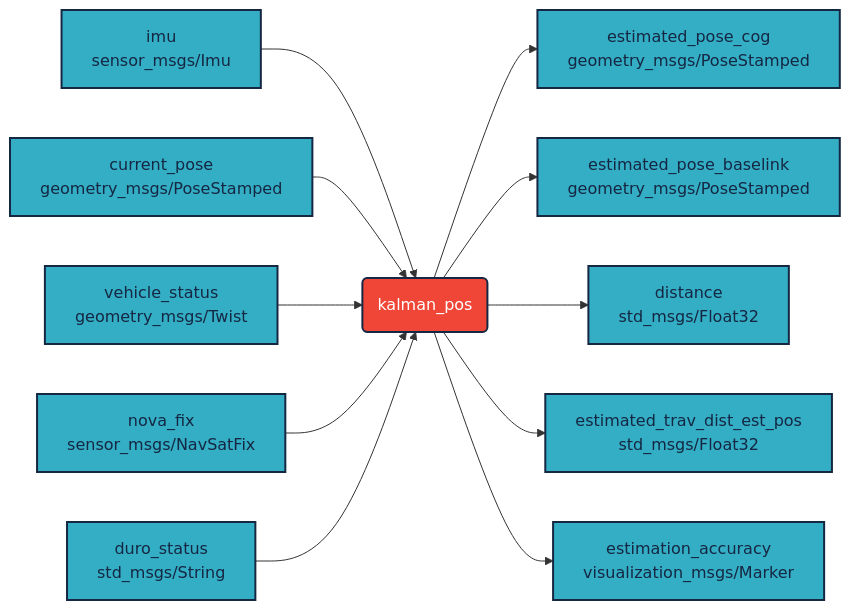
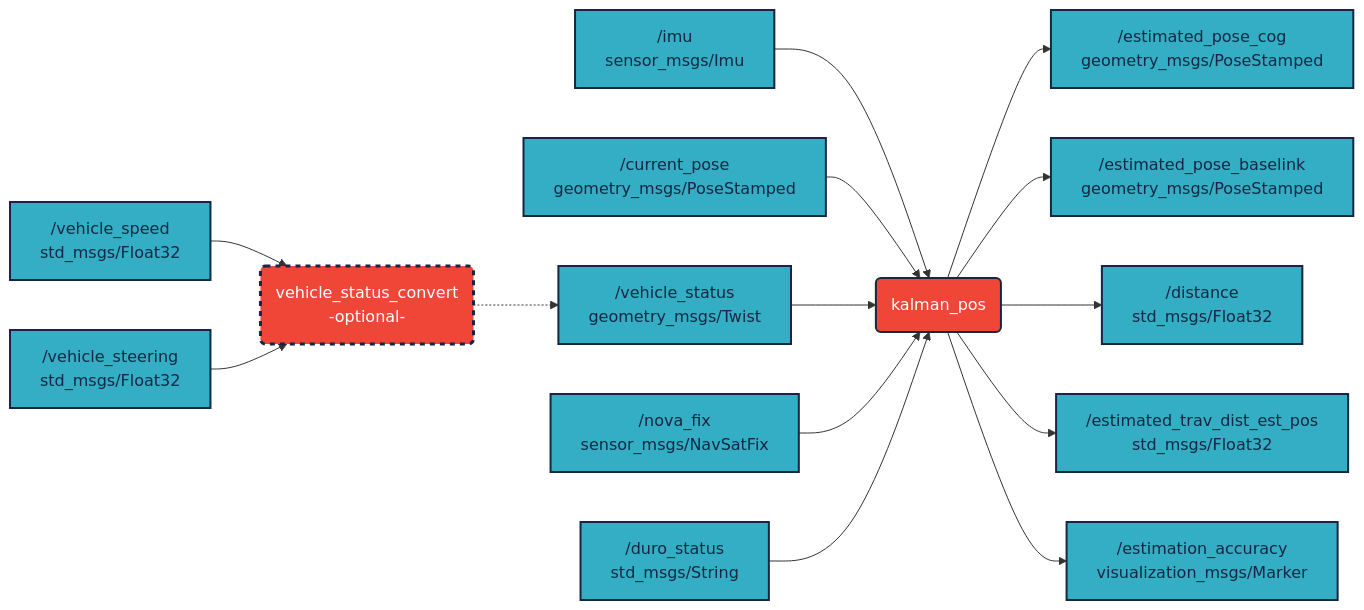
One commit to jkk-research/kalman_pos changed the diagram in README.md. Above: the diagram before and after it, drawn with Mermaid. The commit also changed other lines of this file and 4 other files, not shown here.

````diff
--- a/README.md
+++ b/README.md
@@ -30,23 +38,30 @@
 ```mermaid
 flowchart LR
 
-A[imu<br/>sensor_msgs/Imu] --> F(kalman_pos)
-B[current_pose<br/>geometry_msgs/PoseStamped] --> F
-C[vehicle_status<br/>geometry_msgs/Twist] --> F
-D[nova_fix<br/>sensor_msgs/NavSatFix] --> F
-E[duro_status<br/>std_msgs/String] --> F
-F -->  G[estimated_pose_cog<br/>geometry_msgs/PoseStamped]
-F -->  H[estimated_pose_baselink<br/>geometry_msgs/PoseStamped]
-F -->  I[distance<br/>std_msgs/Float32]
-F -->  J[estimated_trav_dist_est_pos<br/>std_msgs/Float32]
-F -->  K[estimation_accuracy<br/>visualization_msgs/Marker]
+A[ /imu<br/>sensor_msgs/Imu] --> F(kalman_pos)
+B[ /current_pose<br/>geometry_msgs/PoseStamped] --> F
+C[ /vehicle_status<br/>geometry_msgs/Twist] --> F
+D[ /nova_fix<br/>sensor_msgs/NavSatFix] --> F
+E[ /duro_status<br/>std_msgs/String] --> F
+F -->  G[ /estimated_pose_cog<br/>geometry_msgs/PoseStamped]
+F -->  H[ /estimated_pose_baselink<br/>geometry_msgs/PoseStamped]
+F -->  I[ /distance<br/>std_msgs/Float32]
+F -->  J[ /estimated_trav_dist_est_pos<br/>std_msgs/Float32]
+F -->  K[ /estimation_accuracy<br/>visualization_msgs/Marker]
+
+V1(vehicle_status_convert <br> -optional-) -.-> C
+V3[ /vehicle_speed <br/> std_msgs/Float32] --> V1
+V4[ /vehicle_steering <br/> std_msgs/Float32] --> V1
+
 
 classDef light fill:#34aec5,stroke:#152742,stroke-width:2px,color:#152742  
 classDef dark fill:#152742,stroke:#34aec5,stroke-width:2px,color:#34aec5
 classDef white fill:#ffffff,stroke:#152742,stroke-width:2px,color:#152742
 classDef red fill:#ef4638,stroke:#152742,stroke-width:2px,color:#fff
+classDef dashed fill:#ef4638,stroke:#152742,stroke-width:3px,stroke-dasharray:5,5,color:#fff
 
 class F red
-class A,B,C,D,E,G,H,I,J,K light
+class V1 dashed
+class A,B,C,D,E,G,H,I,J,K,V3,V4 light
 
 ```
````
